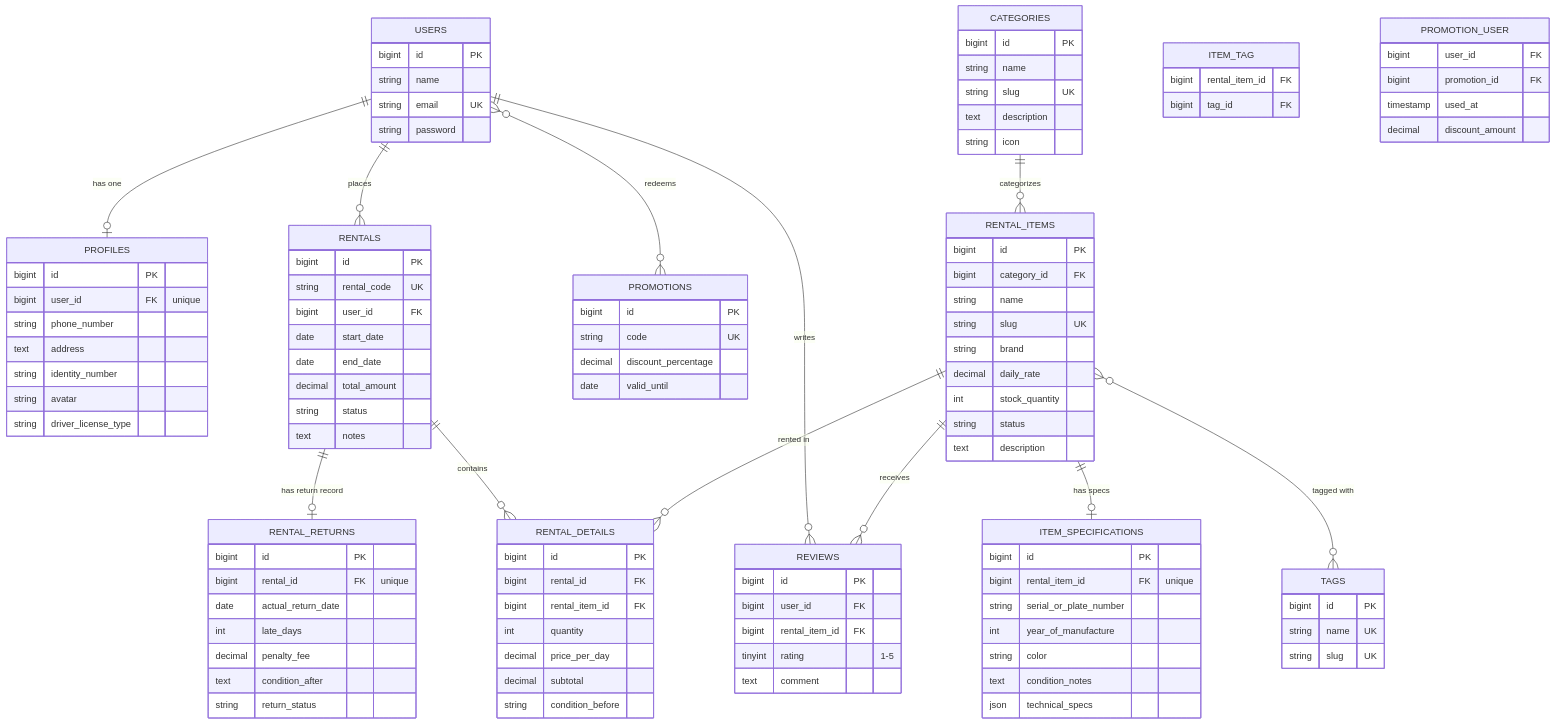
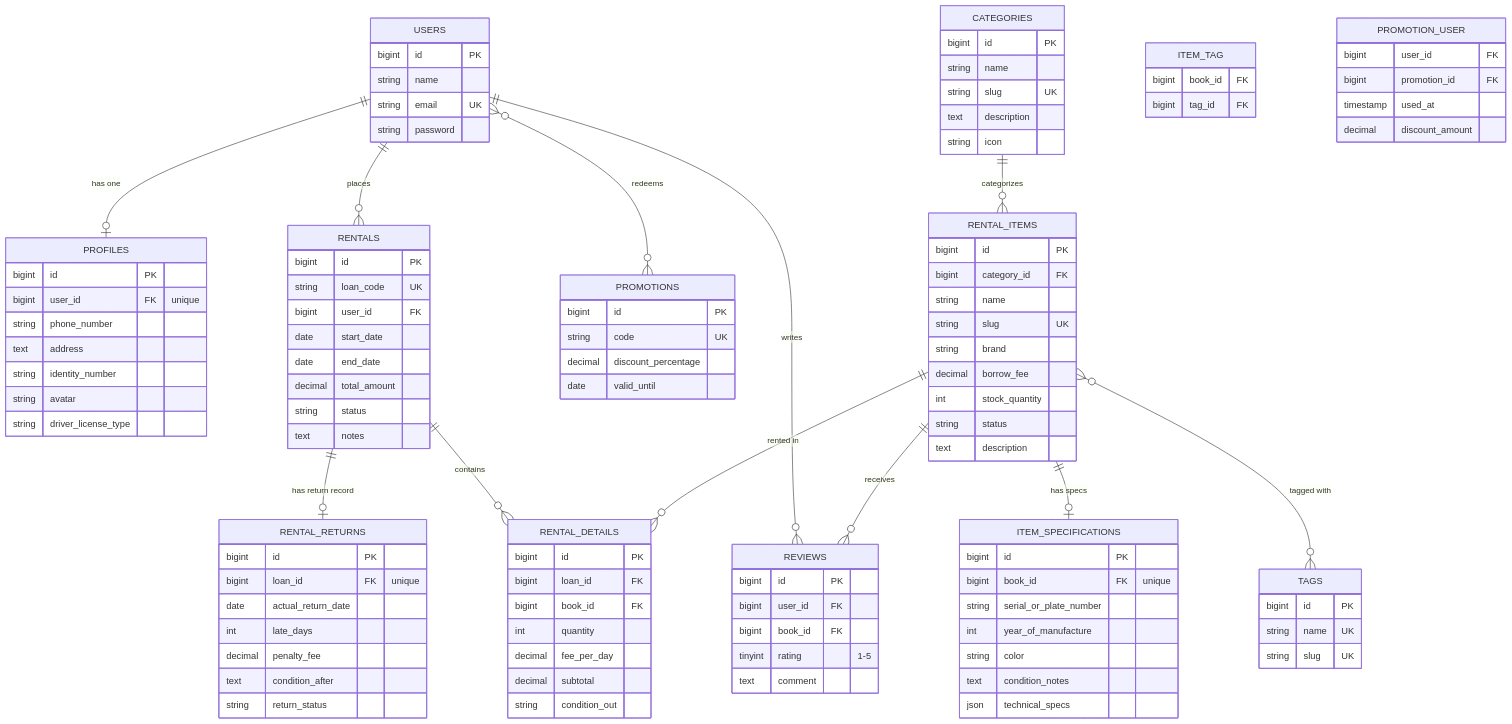
Before and after one commit to satriawijayantomalang-design/laravel5d: the diagram in docs/database/erd.md, drawn with Mermaid. The commit also changed other lines of this file and 33 other files, not shown here.

```diff
--- a/docs/database/erd.md
+++ b/docs/database/erd.md
@@ -48,14 +48,14 @@
         string name
         string slug UK
         string brand
-        decimal daily_rate
+        decimal borrow_fee
         int stock_quantity
         string status
         text description
     }
     ITEM_SPECIFICATIONS {
         bigint id PK
-        bigint rental_item_id FK "unique"
+        bigint book_id FK "unique"
         string serial_or_plate_number
         int year_of_manufacture
         string color
@@ -68,12 +68,12 @@
         string slug UK
     }
     ITEM_TAG {
-        bigint rental_item_id FK
+        bigint book_id FK
         bigint tag_id FK
     }
     RENTALS {
         bigint id PK
-        string rental_code UK
+        string loan_code UK
         bigint user_id FK
         date start_date
         date end_date
@@ -83,16 +83,16 @@
     }
     RENTAL_DETAILS {
         bigint id PK
-        bigint rental_id FK
-        bigint rental_item_id FK
+        bigint loan_id FK
+        bigint book_id FK
         int quantity
-        decimal price_per_day
+        decimal fee_per_day
         decimal subtotal
-        string condition_before
+        string condition_out
     }
     RENTAL_RETURNS {
         bigint id PK
-        bigint rental_id FK "unique"
+        bigint loan_id FK "unique"
         date actual_return_date
         int late_days
         decimal penalty_fee
@@ -102,7 +102,7 @@
     REVIEWS {
         bigint id PK
         bigint user_id FK
-        bigint rental_item_id FK
+        bigint book_id FK
         tinyint rating "1-5"
         text comment
     }
```
